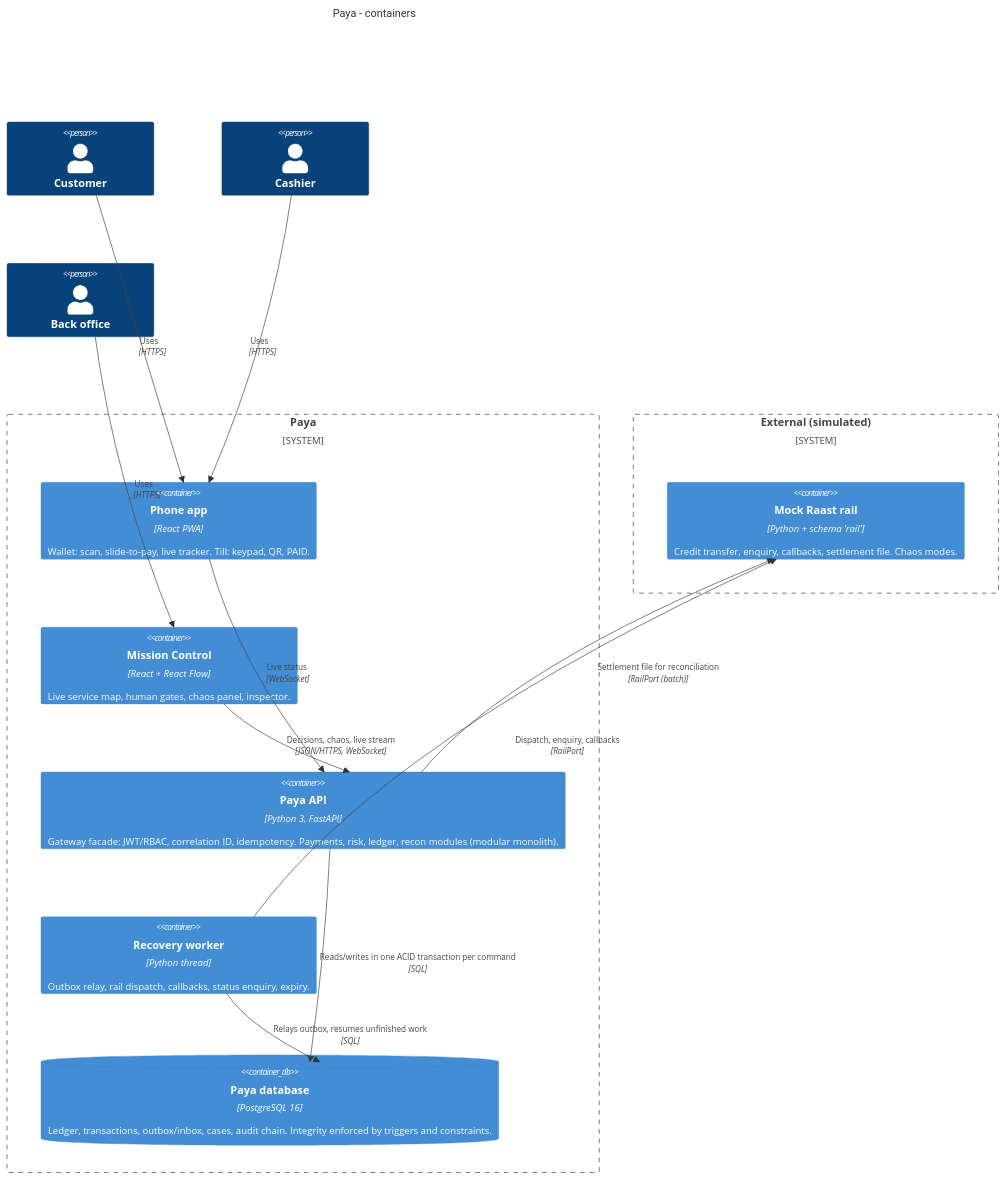
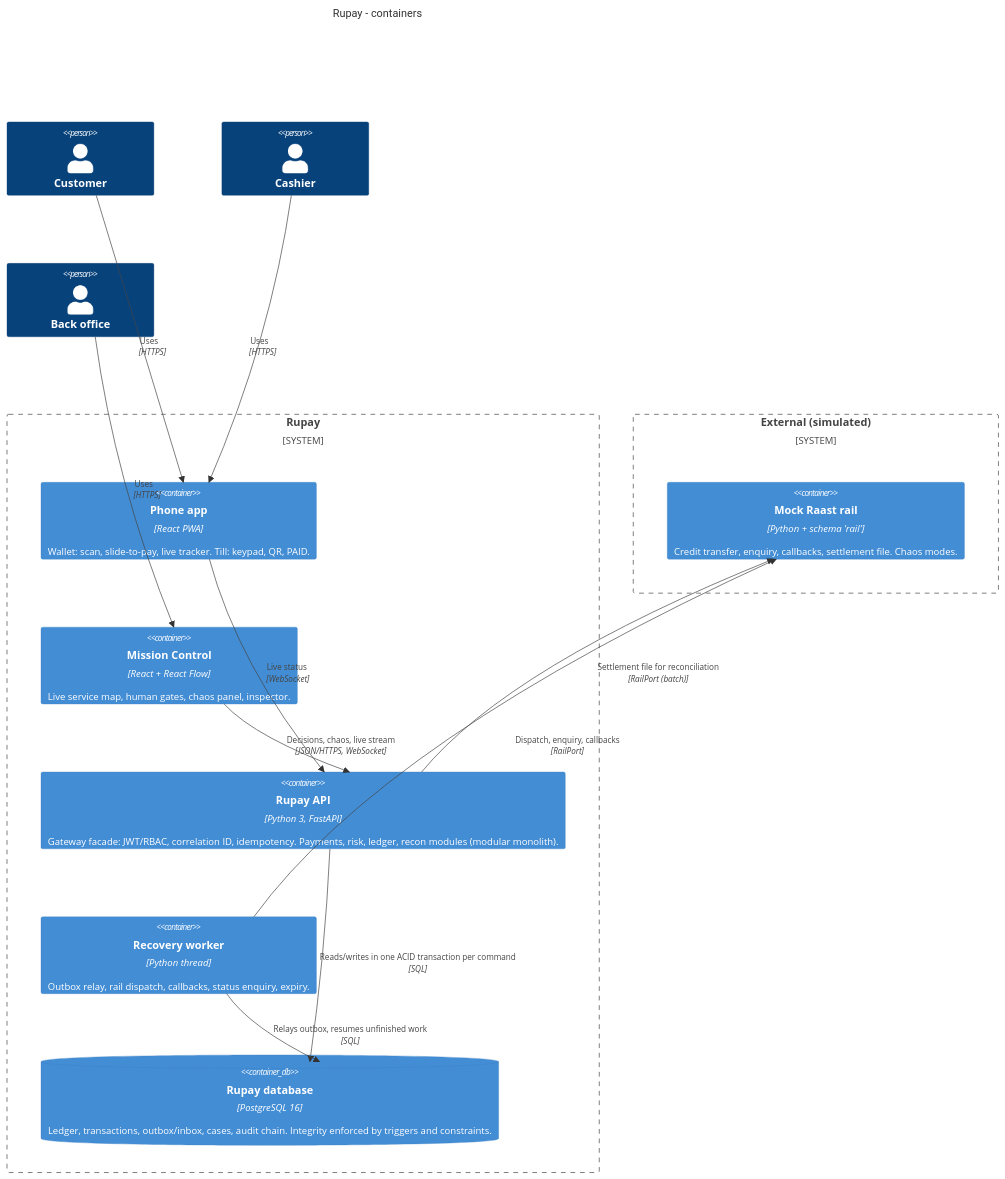
Before and after one commit to ruufaayl/paya: the second of 2 diagrams in docs/architecture/02-c4-context-and-container.md, drawn with Mermaid. The commit also changed other lines of this file and 116 other files, not shown here.

````diff
--- a/docs/architecture/02-c4-context-and-container.md
+++ b/docs/architecture/02-c4-context-and-container.md
@@ -47,28 +47,28 @@
 ```mermaid
 C4Container
-  title Paya - containers
+  title Rupay - containers
   Person(customer, "Customer")
   Person(cashier, "Cashier")
   Person(staff, "Back office")
-  System_Boundary(p, "Paya") {
+  System_Boundary(p, "Rupay") {
     Container(pwa, "Phone app", "React PWA", "Wallet: scan, slide-to-pay, live tracker. Till: keypad, QR, PAID.")
     Container(mc, "Mission Control", "React + React Flow", "Live service map, human gates, chaos panel, inspector.")
-    Container(api, "Paya API", "Python 3, FastAPI", "Gateway facade: JWT/RBAC, correlation ID, idempotency. Payments, risk, ledger, recon modules (modular monolith).")
+    Container(api, "Rupay API", "Python 3, FastAPI", "Gateway facade: JWT/RBAC, correlation ID, idempotency. Payments, risk, ledger, recon modules (modular monolith).")
     Container(worker, "Recovery worker", "Python thread", "Outbox relay, rail dispatch, callbacks, status enquiry, expiry.")
-    ContainerDb(db, "Paya database", "PostgreSQL 16", "Ledger, transactions, outbox/inbox, cases, audit chain. Integrity enforced by triggers and constraints.")
+    ContainerDb(db, "Rupay database", "PostgreSQL 16", "Ledger, transactions, outbox/inbox, cases, audit chain. Integrity enforced by triggers and constraints.")
   }
   System_Boundary(ext, "External (simulated)") {
     Container(rail, "Mock Raast rail", "Python + schema 'rail'", "Credit transfer, enquiry, callbacks, settlement file. Chaos modes.")
   }
   Rel(customer, pwa, "Uses", "HTTPS")
   Rel(cashier, pwa, "Uses", "HTTPS")
   Rel(staff, mc, "Uses", "HTTPS")
   Rel(pwa, api, "Commands and queries", "JSON/HTTPS")
   Rel(pwa, api, "Live status", "WebSocket")
   Rel(mc, api, "Decisions, chaos, live stream", "JSON/HTTPS, WebSocket")
   Rel(api, db, "Reads/writes in one ACID transaction per command", "SQL")
   Rel(worker, db, "Relays outbox, resumes unfinished work", "SQL")
   Rel(worker, rail, "Dispatch, enquiry, callbacks", "RailPort")
   Rel(api, rail, "Settlement file for reconciliation", "RailPort (batch)")
   UpdateLayoutConfig($c4ShapeInRow="3", $c4BoundaryInRow="2")
 ```
````
